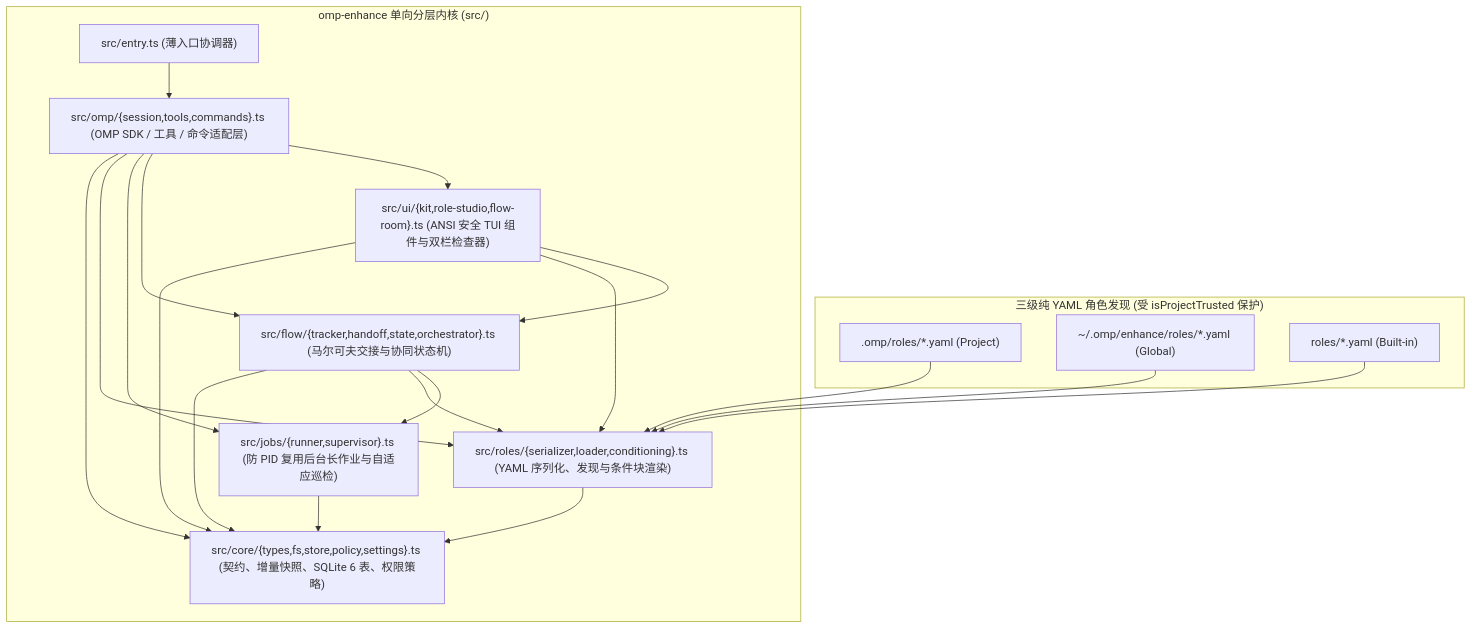
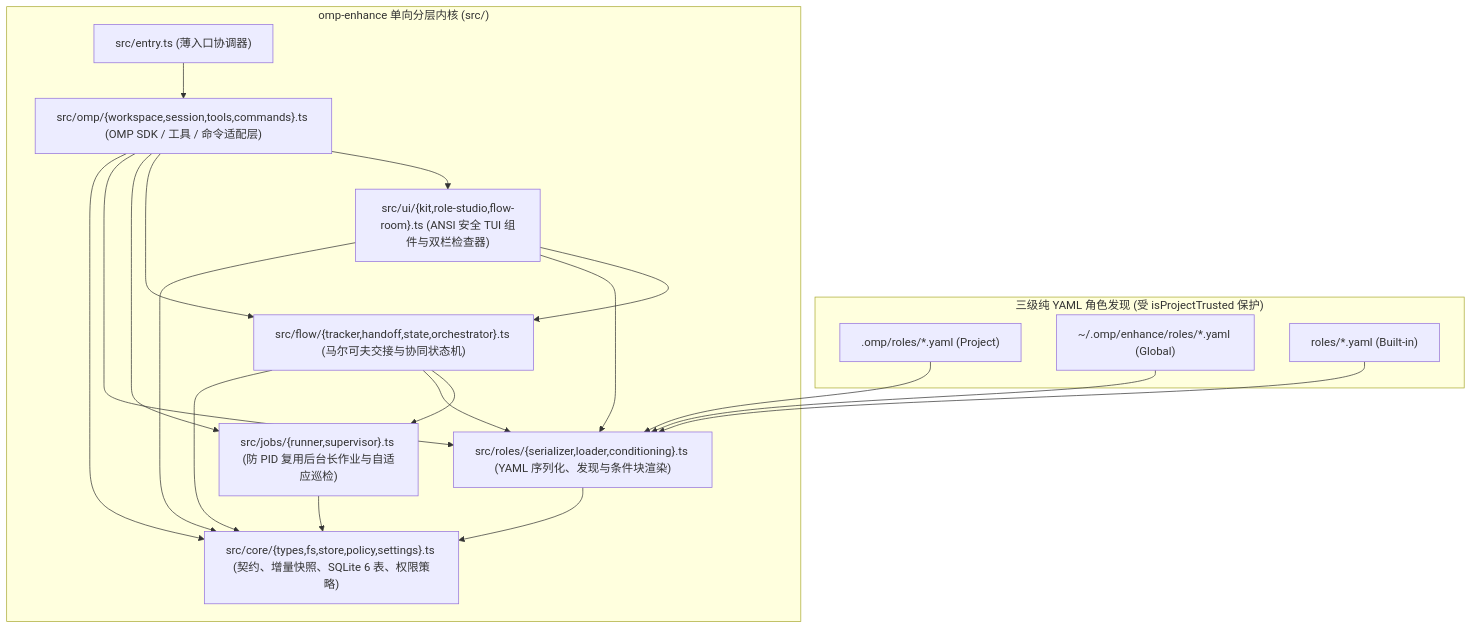
The diagram in docs/architecture.md (HugeKangroo/omp-enhance), drawn with Mermaid before and after one commit. The commit also changed other lines of this file and 28 other files, not shown here.

````diff
--- a/docs/architecture.md
+++ b/docs/architecture.md
@@ -24,36 +24,36 @@
 ```mermaid
 flowchart TB
     subgraph Discovery["三级纯 YAML 角色发现 (受 isProjectTrusted 保护)"]
         P[".omp/roles/*.yaml (Project)"]
         G["~/.omp/enhance/roles/*.yaml (Global)"]
         B["roles/*.yaml (Built-in)"]
     end
 
     subgraph Layers["omp-enhance 单向分层内核 (src/)"]
         Entry["src/entry.ts (薄入口协调器)"]
-        OMP["src/omp/{session,tools,commands}.ts (OMP SDK / 工具 / 命令适配层)"]
+        OMP["src/omp/{workspace,session,tools,commands}.ts (OMP SDK / 工具 / 命令适配层)"]
         UI["src/ui/{kit,role-studio,flow-room}.ts (ANSI 安全 TUI 组件与双栏检查器)"]
         Flow["src/flow/{tracker,handoff,state,orchestrator}.ts (马尔可夫交接与协同状态机)"]
         Jobs["src/jobs/{runner,supervisor}.ts (防 PID 复用后台长作业与自适应巡检)"]
         Roles["src/roles/{serializer,loader,conditioning}.ts (YAML 序列化、发现与条件块渲染)"]
         Core["src/core/{types,fs,store,policy,settings}.ts (契约、增量快照、SQLite 6 表、权限策略)"]
     end
 
     P --> Roles
     G --> Roles
     B --> Roles
     Entry --> OMP
     OMP --> UI
     OMP --> Flow
     OMP --> Jobs
     OMP --> Roles
     OMP --> Core
     UI --> Flow
     UI --> Roles
     UI --> Core
     Flow --> Jobs
     Flow --> Roles
     Flow --> Core
     Jobs --> Core
     Roles --> Core
 ```
````
